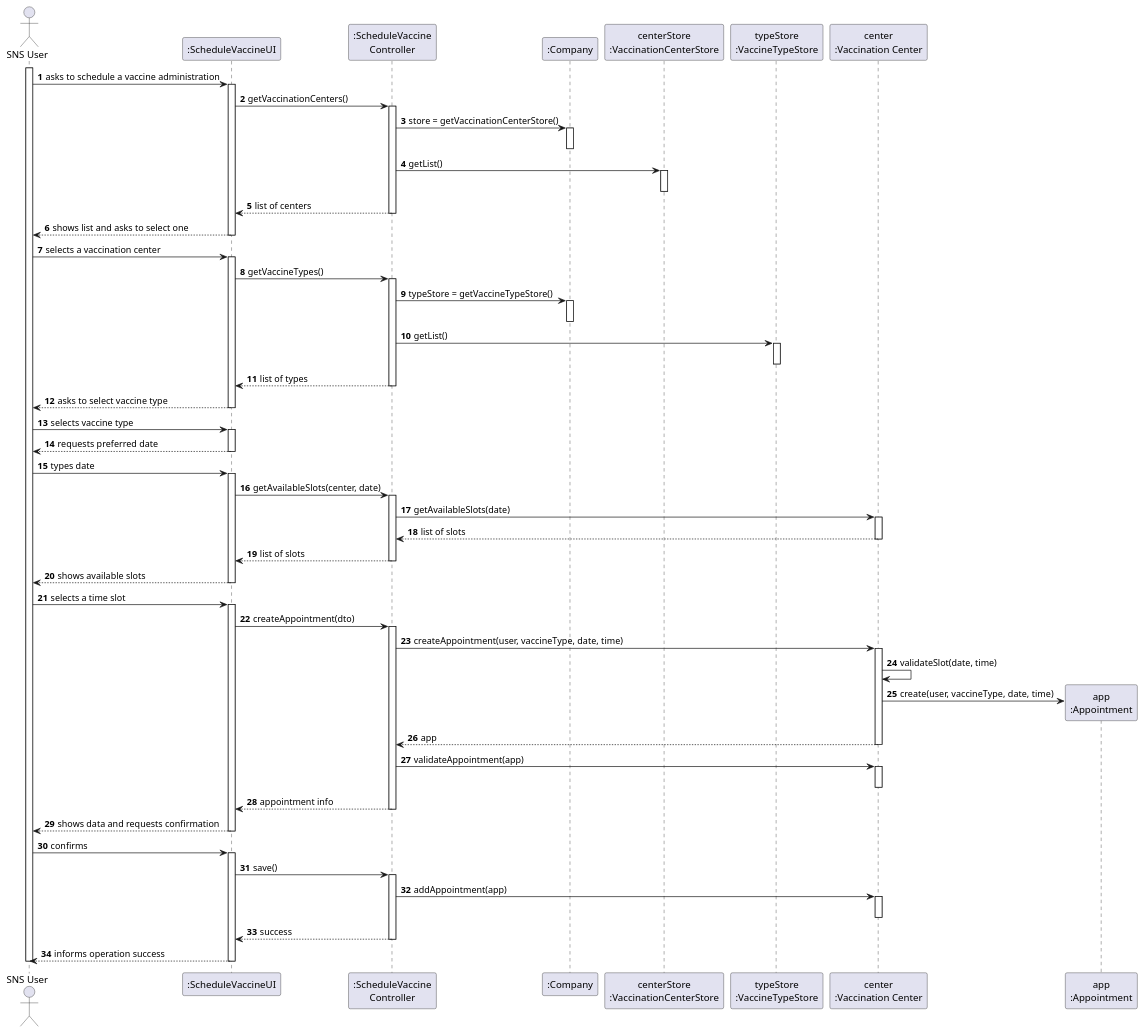
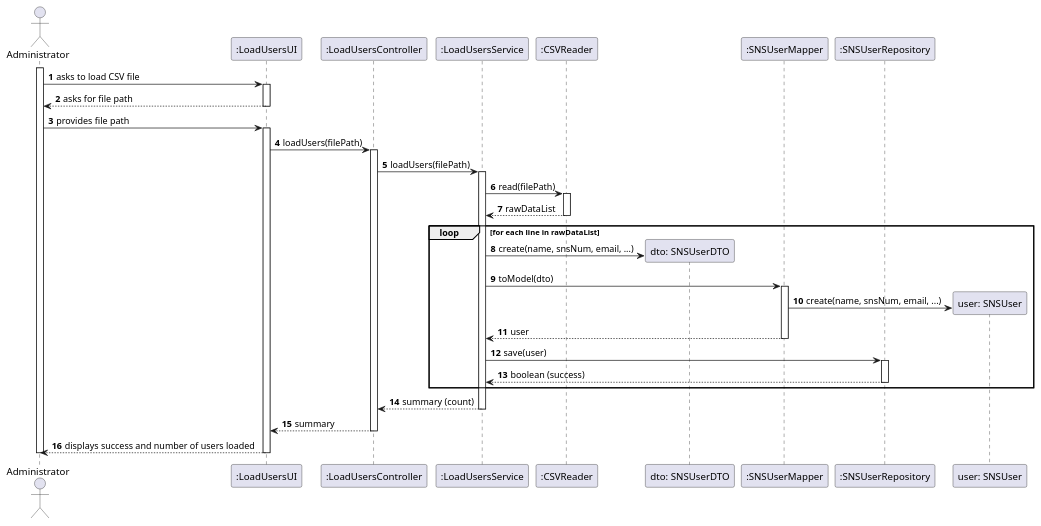
Before and after one commit to afonso51111/leti-esoft-25-26-A33: the diagram in project-template/docs/sprint3/US30/puml/US30-SD.puml, drawn with PlantUML. The commit also changed 201 other files, not shown here.

```diff
--- a/project-template/docs/sprint3/US30/puml/US30-SD.puml
+++ b/project-template/docs/sprint3/US30/puml/US30-SD.puml
@@ -1,109 +1,67 @@
 @startuml
 autonumber
-actor "SNS User" as User
-participant ":ScheduleVaccineUI" as UI
-participant ":ScheduleVaccine\nController" as CTRL
-participant ":Company" as CMP
-participant "centerStore\n:VaccinationCenterStore" as C_STORE
-participant "typeStore\n:VaccineTypeStore" as T_STORE
-participant "center\n:Vaccination Center" as CENTER
-participant "app\n:Appointment" as APP
 
-activate User
-User -> UI : asks to schedule a vaccine administration
+actor "Administrator" as Admin
+participant ":LoadUsersUI" as UI
+participant ":LoadUsersController" as CTRL
+participant ":LoadUsersService" as SVC
+participant ":CSVReader" as READER
+participant "dto: SNSUserDTO" as DTO
+participant ":SNSUserMapper" as MAPPER
+participant ":SNSUserRepository" as REPO
+participant "user: SNSUser" as USER
+
+activate Admin
+Admin -> UI : asks to load CSV file
 activate UI
 
-UI -> CTRL : getVaccinationCenters()
+UI --> Admin : asks for file path
+deactivate UI
+
+Admin -> UI : provides file path
+activate UI
+
+UI -> CTRL : loadUsers(filePath)
 activate CTRL
-CTRL -> CMP : store = getVaccinationCenterStore()
-activate CMP
-deactivate CMP
-CTRL -> C_STORE : getList()
-activate C_STORE
-deactivate C_STORE
-CTRL --> UI : list of centers
+
+CTRL -> SVC : loadUsers(filePath)
+activate SVC
+
+' Serviço usa um leitor de CSV (Utilitário)
+SVC -> READER : read(filePath)
+activate READER
+READER --> SVC : rawDataList
+deactivate READER
+
+' Loop para processar cada linha
+loop for each line in rawDataList
+
+    ' Criar DTO com dados crus
+    SVC -> DTO** : create(name, snsNum, email, ...)
+
+    ' Validar e Converter para Modelo
+    SVC -> MAPPER : toModel(dto)
+    activate MAPPER
+    MAPPER -> USER** : create(name, snsNum, email, ...)
+    MAPPER --> SVC : user
+    deactivate MAPPER
+
+    ' Persistir no Repositório
+    SVC -> REPO : save(user)
+    activate REPO
+    REPO --> SVC : boolean (success)
+    deactivate REPO
+
+end loop
+
+SVC --> CTRL : summary (count)
+deactivate SVC
+
+CTRL --> UI : summary
 deactivate CTRL
 
-UI --> User : shows list and asks to select one
+UI --> Admin : displays success and number of users loaded
 deactivate UI
 
-User -> UI : selects a vaccination center
-activate UI
-
-UI -> CTRL : getVaccineTypes()
-activate CTRL
-CTRL -> CMP : typeStore = getVaccineTypeStore()
-activate CMP
-deactivate CMP
-CTRL -> T_STORE : getList()
-activate T_STORE
-deactivate T_STORE
-CTRL --> UI : list of types
-deactivate CTRL
-
-UI --> User : asks to select vaccine type
-deactivate UI
-User -> UI : selects vaccine type
-activate UI
-
-UI --> User : requests preferred date
-deactivate UI
-User -> UI : types date
-activate UI
-
-UI -> CTRL : getAvailableSlots(center, date)
-activate CTRL
-    CTRL -> CENTER : getAvailableSlots(date)
-    activate CENTER
-
-    CENTER --> CTRL : list of slots
-    deactivate CENTER
-CTRL --> UI : list of slots
-deactivate CTRL
-
-UI --> User : shows available slots
-deactivate UI
-
-User -> UI : selects a time slot
-activate UI
-
-UI -> CTRL : createAppointment(dto)
-activate CTRL
-
-    CTRL -> CENTER : createAppointment(user, vaccineType, date, time)
-    activate CENTER
-
-        CENTER -> CENTER : validateSlot(date, time)
-
-        create APP
-        CENTER -> APP : create(user, vaccineType, date, time)
-
-    CENTER --> CTRL : app
-    deactivate CENTER
-
-CTRL -> CENTER : validateAppointment(app)
-activate CENTER
-deactivate CENTER
-
-CTRL --> UI : appointment info
-deactivate CTRL
-
-UI --> User : shows data and requests confirmation
-deactivate UI
-
-User -> UI : confirms
-activate UI
-
-UI -> CTRL : save()
-activate CTRL
-    CTRL -> CENTER : addAppointment(app)
-    activate CENTER
-    deactivate CENTER
-CTRL --> UI : success
-deactivate CTRL
-
-UI --> User : informs operation success
-deactivate UI
-deactivate User
-
+deactivate Admin
 @enduml
```
